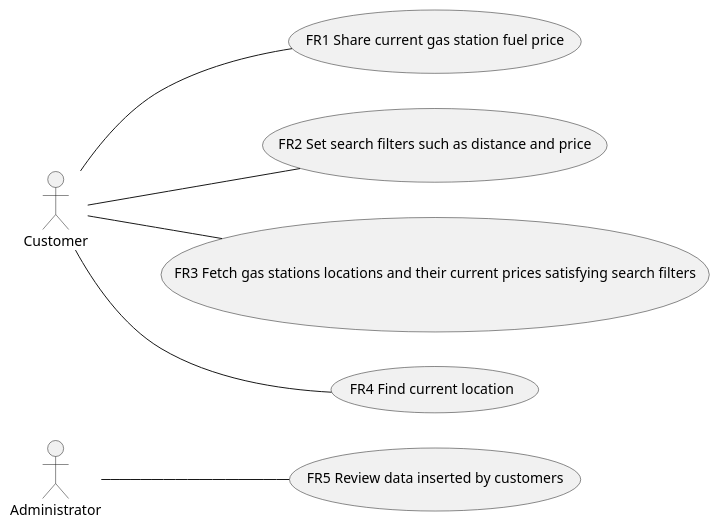
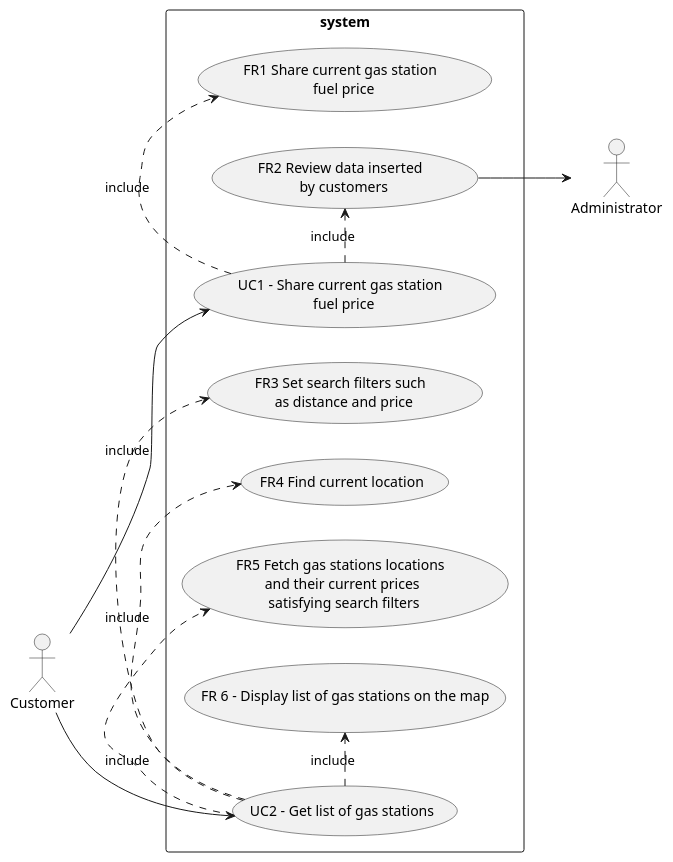
One commit to SoftengPoliTo/Lab2 changed the second of 4 diagrams in REQ_s274148.md. Above: the diagram before and after it, drawn with PlantUML. The commit also changed other lines of this file, not shown here.

Commit message:
Changed FR order and add FR6, changed use cases and the diagram and added two scenarios

````diff
--- a/REQ_s274148.md
+++ b/REQ_s274148.md
@@ -100,10 +157,17 @@
 ```plantuml
 left to right direction
 actor Administrator as a
 actor Customer as b
-b -- (FR1 Share current gas station fuel price)
-b -- (FR2 Set search filters such as distance and price)
-b -- (FR3 Fetch gas stations locations and their current prices satisfying search filters) 
-b -- (FR4 Find current location)
-a -- (FR5 Review data inserted by customers)
+skinparam packageStyle rectangle
+rectangle system{
+	b --> (UC1 - Share current gas station \n fuel price)
+	b --> (UC2 - Get list of gas stations)
+	(UC1 - Share current gas station \n fuel price) .> (FR1 Share current gas station \n fuel price) :include
+	(FR2 Review data inserted \n by customers) --> a
+	(UC1 - Share current gas station \n fuel price) .> (FR2 Review data inserted \n by customers) :include
+	(UC2 - Get list of gas stations) .> (FR3 Set search filters such \n as distance and price) :include
+	(UC2 - Get list of gas stations) .> (FR4 Find current location) :include
+	(UC2 - Get list of gas stations) .> (FR5 Fetch gas stations locations \n and their current prices \n satisfying search filters) :include
+	(UC2 - Get list of gas stations) .> (FR 6 - Display list of gas stations on the map) :include
+}
 ```
````
